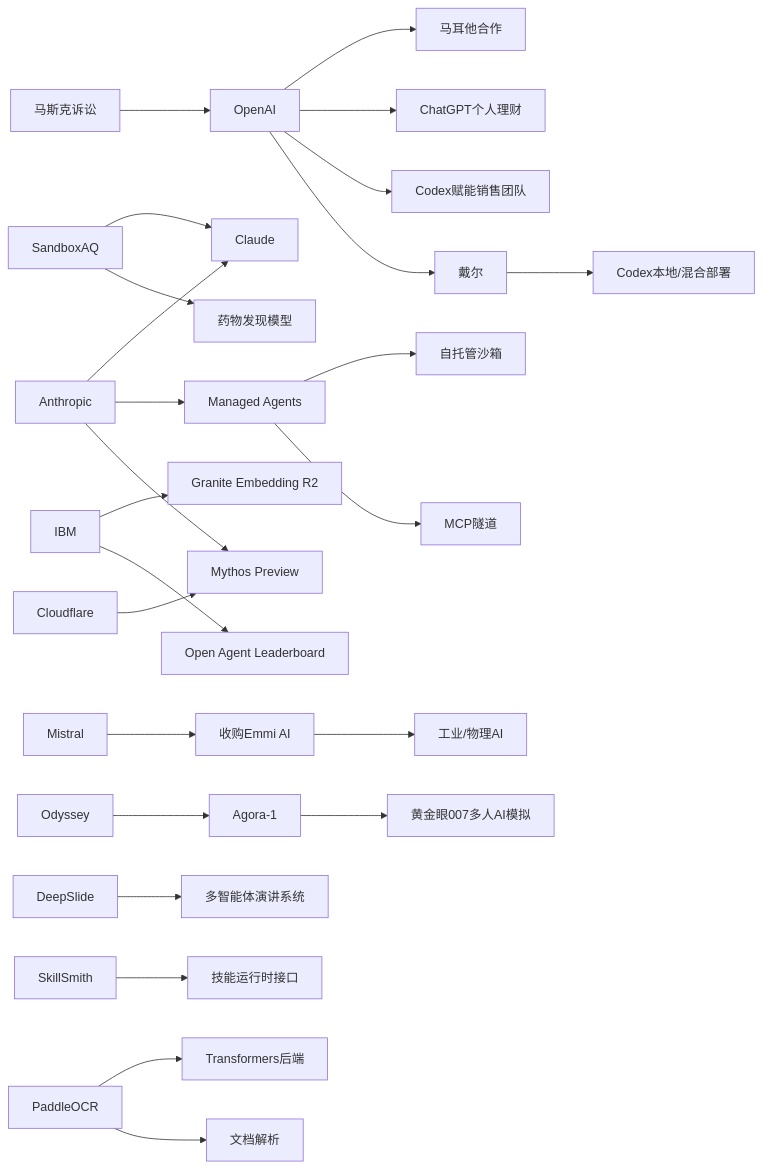
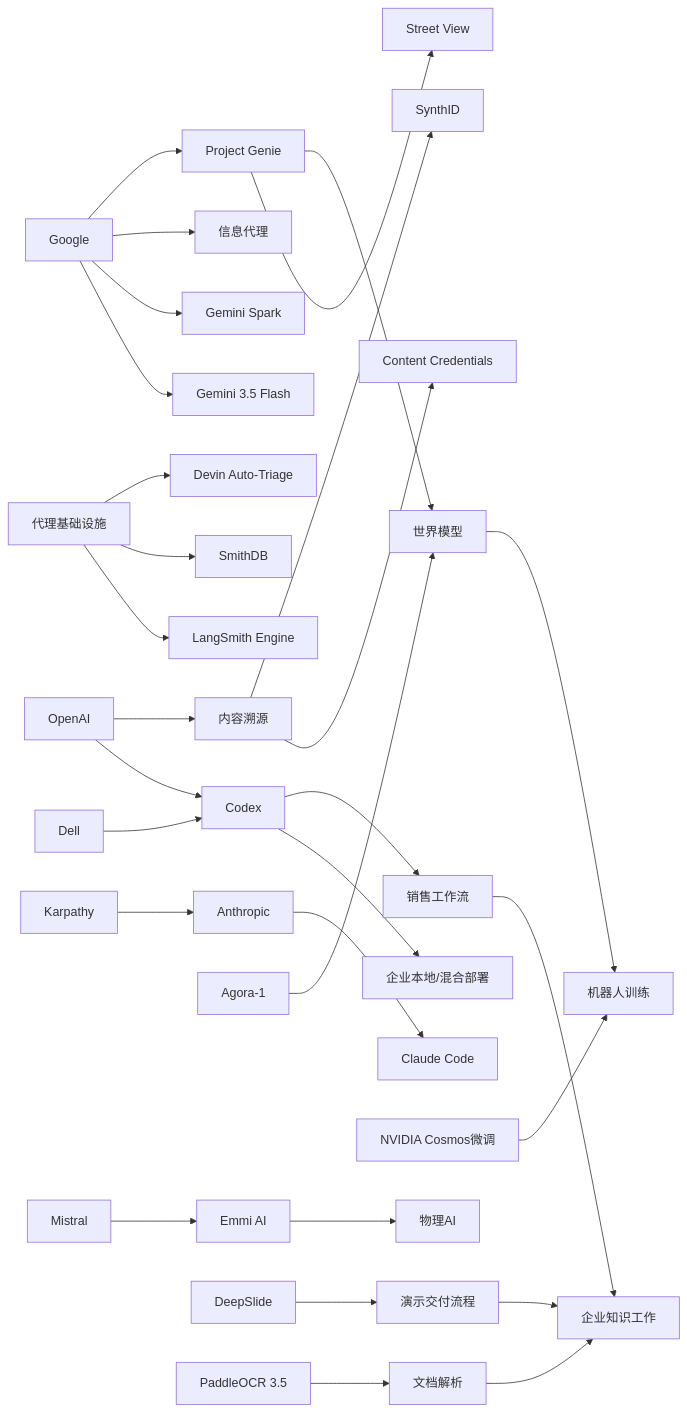
Before and after one commit to zhuxinfei/ai-daily-site: the diagram in content/cn/2026/2026-05/2026-05-19.md, drawn with Mermaid. The commit also changed other lines of this file, not shown here.

````diff
--- a/content/cn/2026/2026-05/2026-05-19.md
+++ b/content/cn/2026/2026-05/2026-05-19.md
@@ -119,35 +119,35 @@
 ```mermaid
 graph LR
-    OpenAI --> Malta[马耳他合作]
-    OpenAI --> Finance[ChatGPT个人理财]
-    OpenAI --> CodexSales[Codex赋能销售团队]
-    OpenAI --> Dell[戴尔]
-    Dell --> CodexLocal[Codex本地/混合部署]
+    A[Google] --> B[Gemini 3.5 Flash]
+    A --> C[Gemini Spark]
+    A --> D[信息代理]
+    A --> E[Project Genie]
+    E --> F[Street View]
+    E --> G[世界模型]
 
-    Anthropic --> Claude[Claude]
-    Anthropic --> ManagedAgents[Managed Agents]
-    ManagedAgents --> Sandbox[自托管沙箱]
-    ManagedAgents --> MCP[MCP隧道]
-    SandboxAQ --> Claude
-    SandboxAQ --> DrugAI[药物发现模型]
+    H[OpenAI] --> I[Codex]
+    J[Dell] --> I
+    I --> K[企业本地/混合部署]
+    I --> L[销售工作流]
+    H --> M[内容溯源]
+    M --> N[Content Credentials]
+    M --> O[SynthID]
 
-    IBM --> Granite[Granite Embedding R2]
-    IBM --> AgentBoard[Open Agent Leaderboard]
+    P[代理基础设施] --> Q[LangSmith Engine]
+    P --> R[SmithDB]
+    P --> S[Devin Auto-Triage]
+    T[Anthropic] --> U[Claude Code]
+    V[Karpathy] --> T
 
-    Cloudflare --> Mythos[Mythos Preview]
-    Anthropic --> Mythos
+    G --> W[机器人训练]
+    X[Agora-1] --> G
+    Y[NVIDIA Cosmos微调] --> W
+    Z[Mistral] --> AA[Emmi AI]
+    AA --> AB[物理AI]
 
-    Mistral --> EmmiAI[收购Emmi AI]
-    EmmiAI --> IndustrialAI[工业/物理AI]
-
-    Odyssey --> Agora1[Agora-1]
-    Agora1 --> GoldenEye[黄金眼007多人AI模拟]
-
-    DeepSlide --> MultiAgent[多智能体演讲系统]
-    SkillSmith --> Runtime[技能运行时接口]
-
-    PaddleOCR --> Transformers[Transformers后端]
-    PaddleOCR --> DocumentAI[文档解析]
-
-    Musk[马斯克诉讼] --> OpenAI
+    AC[DeepSlide] --> AD[演示交付流程]
+    AE[PaddleOCR 3.5] --> AF[文档解析]
+    AF --> AG[企业知识工作]
+    L --> AG
+    AD --> AG
 ```
````
